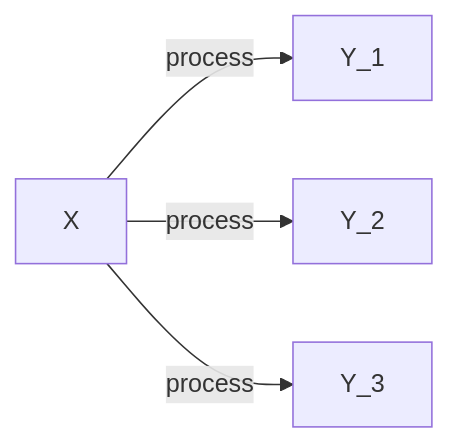
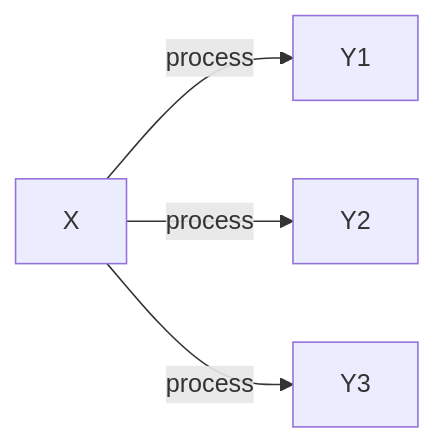
The second of 2 diagrams in Topics/1.Introduction to the Course/README.md (Jcbnunez/uvm-fqr), drawn with Mermaid before and after one commit.

Commit message:
jan3.prep18

````diff
--- a/Topics/1.Introduction to the Course/README.md
+++ b/Topics/1.Introduction to the Course/README.md
@@ -30,6 +30,6 @@
 ```mermaid
 graph LR
-A[X] -- process --> B[Y_1]
-A[X] -- process --> C[Y_2]
-A[X] -- process --> D[Y_3]
+A[X] -- process --> B[Y1]
+A[X] -- process --> C[Y2]
+A[X] -- process --> D[Y3]
 ```
````
